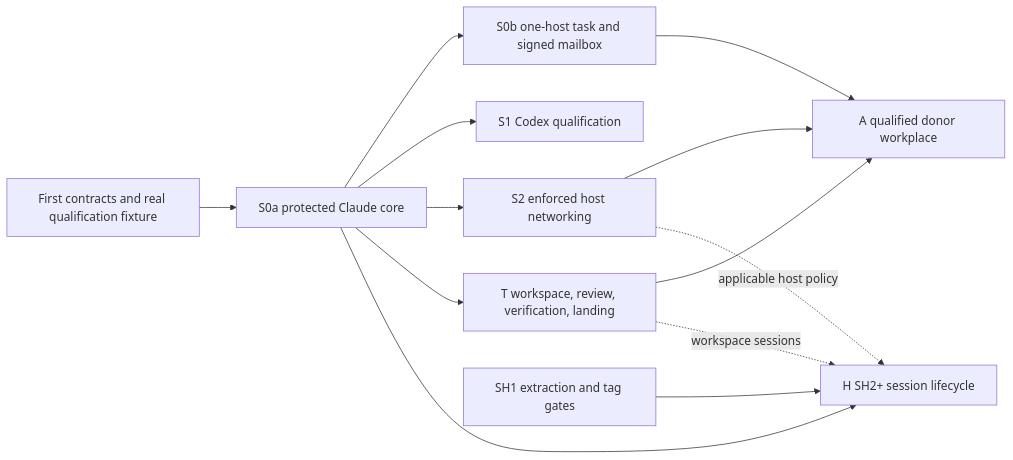
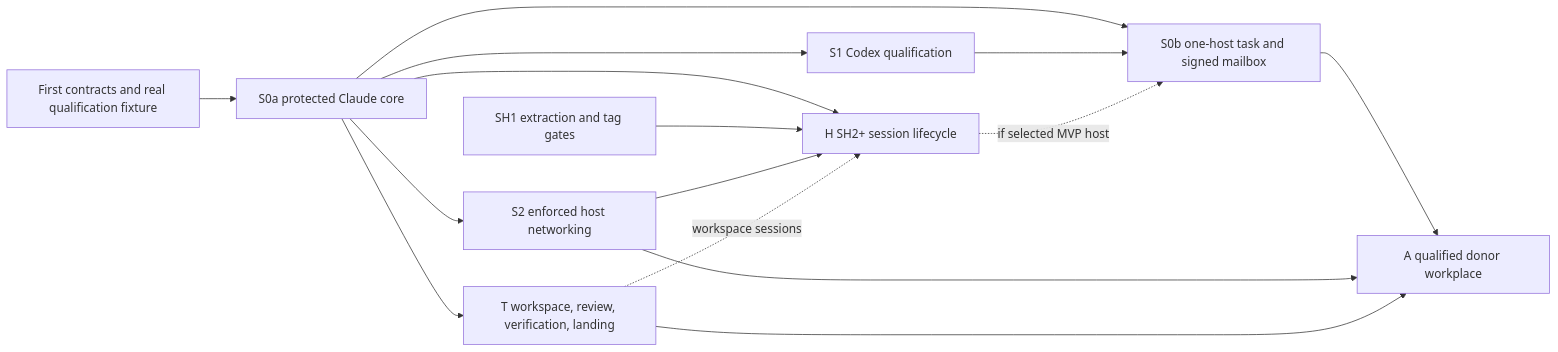
One commit to relux-works/swarma-architecture-review changed the diagram in impl/sections/critical-path-slices.md. Above: the diagram before and after it, drawn with Mermaid. The commit also changed other lines of this file, not shown here.

Commit message:
docs(impl): preserve both MVP providers and first-consumer gates

````diff
--- a/impl/sections/critical-path-slices.md
+++ b/impl/sections/critical-path-slices.md
@@ -46,15 +46,17 @@
 ```mermaid
 flowchart LR
     P[First contracts and real qualification fixture] --> C[S0a protected Claude core]
     C --> M[S0b one-host task and signed mailbox]
     C --> X[S1 Codex qualification]
+    X --> M
     C --> N[S2 enforced host networking]
     C --> T[T workspace, review, verification, landing]
     M --> A[A qualified donor workplace]
     N --> A
     T --> A
     C --> H[H SH2+ session lifecycle]
     E[SH1 extraction and tag gates] --> H
-    N -. applicable host policy .-> H
+    N --> H
+    H -. if selected MVP host .-> M
     T -. workspace sessions .-> H
 ```
````
